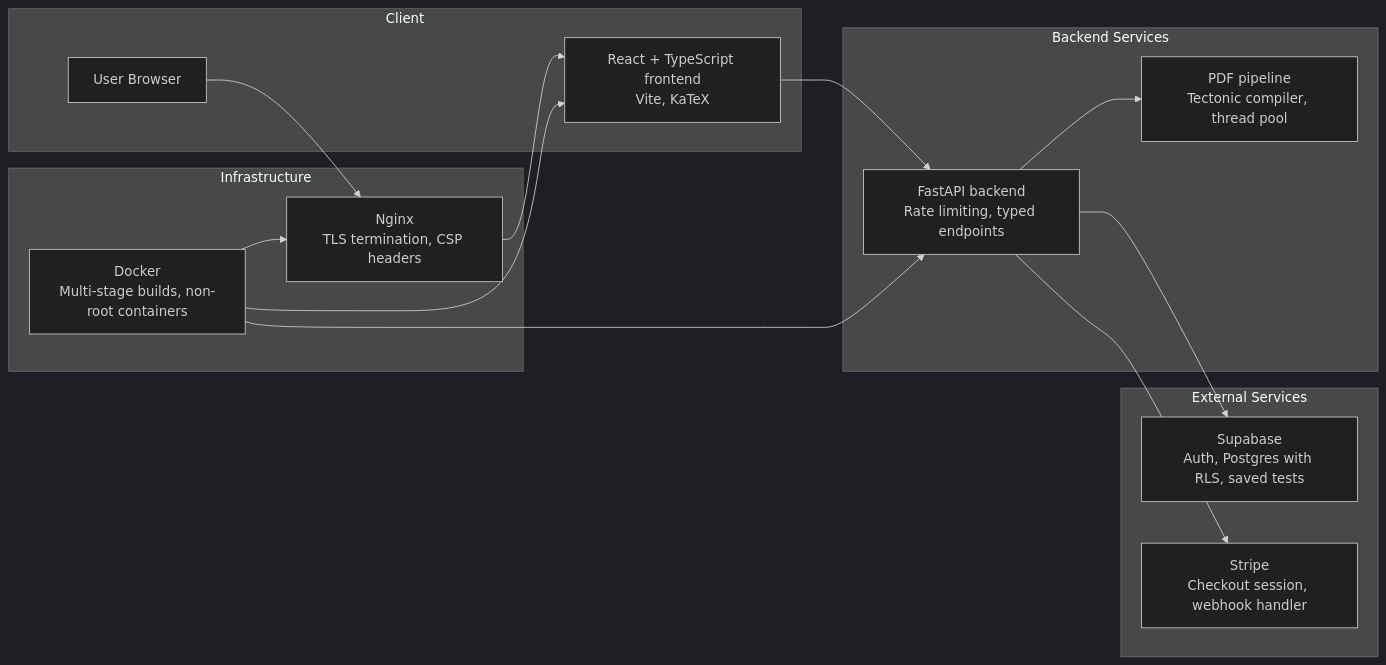
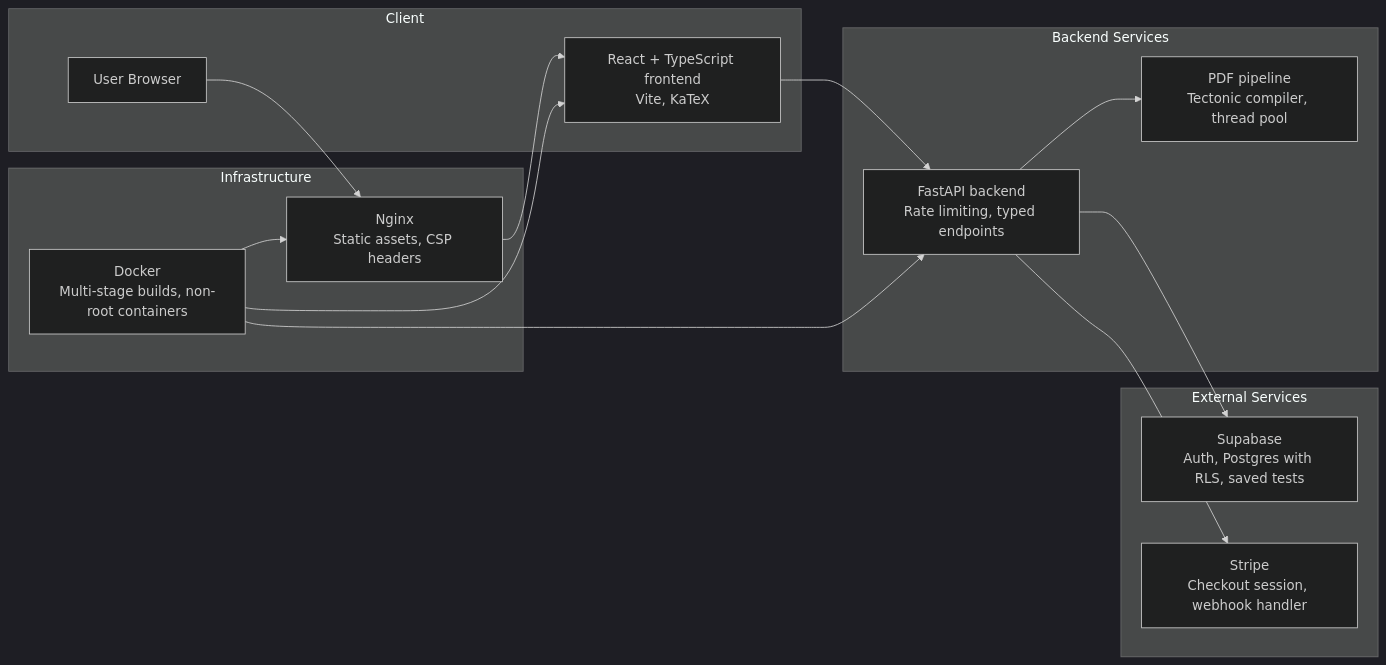
The first of 4 diagrams in README.md (Aditya-Tripuraneni/Praxis), drawn with Mermaid (dark theme) before and after one commit. The commit also changed other lines of this file, not shown here.

First line of the commit message:
Align README diagrams with repo docs

````diff
--- a/README.md
+++ b/README.md
@@ -30,28 +30,28 @@
 ```mermaid
 graph LR
   subgraph Client
     Browser[User Browser]
     Frontend[React + TypeScript frontend<br/>Vite, KaTeX]
   end
   subgraph "Backend Services"
     API[FastAPI backend<br/>Rate limiting, typed endpoints]
     PDF[PDF pipeline<br/>Tectonic compiler, thread pool]
   end
   subgraph "External Services"
     Supabase[Supabase<br/>Auth, Postgres with RLS, saved tests]
     Stripe[Stripe<br/>Checkout session, webhook handler]
   end
   subgraph Infrastructure
-    Nginx[Nginx<br/>TLS termination, CSP headers]
+    Nginx[Nginx<br/>Static assets, CSP headers]
     Docker[Docker<br/>Multi-stage builds, non-root containers]
   end
 
   Browser --> Nginx --> Frontend
   Frontend --> API
   API --> Supabase
   API --> Stripe
   API --> PDF
   Docker --> API
   Docker --> Frontend
   Docker --> Nginx
 ```
````
